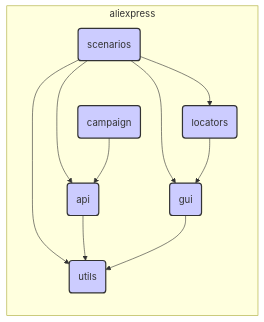
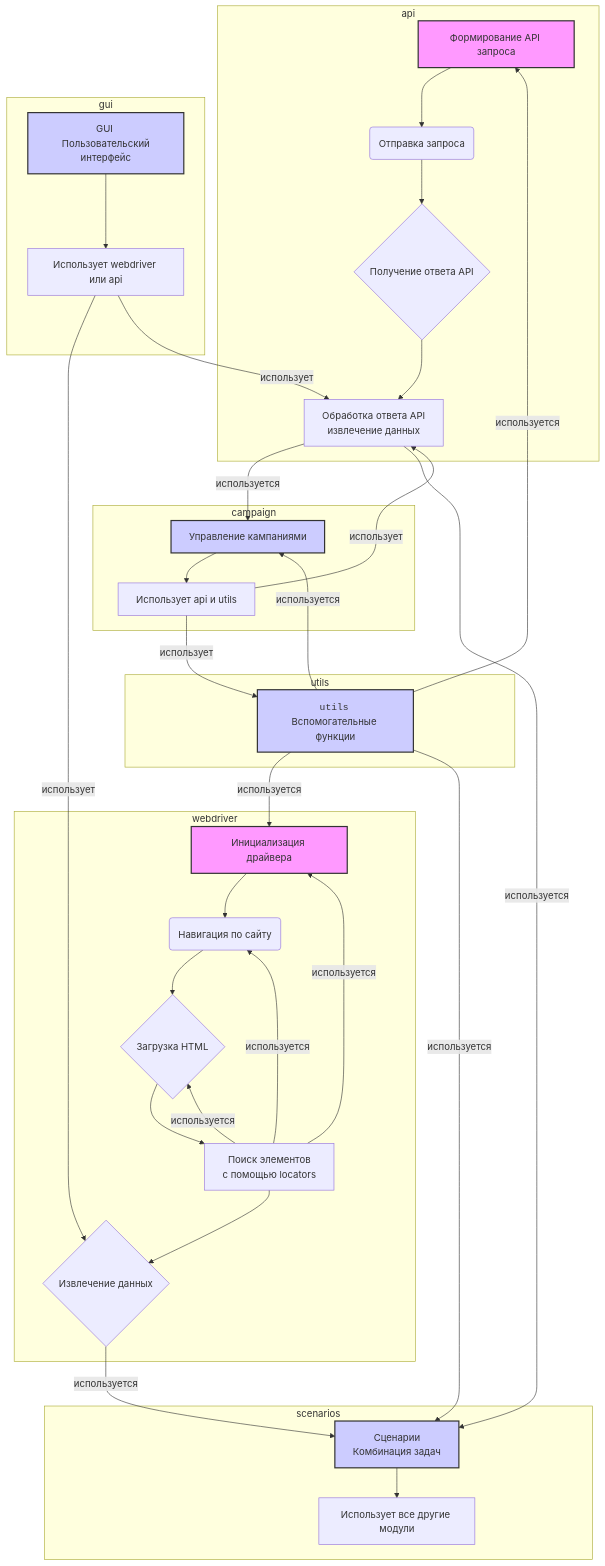
Before and after one commit to hypo69/hypo: the diagram in docs/gemini/ru/explainer/src/suppliers/aliexpress/readme.md.md, drawn with Mermaid. The commit also changed other lines of this file and 596 other files, not shown here.

````diff
--- a/docs/gemini/ru/explainer/src/suppliers/aliexpress/readme.md.md
+++ b/docs/gemini/ru/explainer/src/suppliers/aliexpress/readme.md.md
@@ -36,32 +54,56 @@
 ```mermaid
-graph LR
-    subgraph aliexpress
-        utils(utils)
-        api(api)
-        campaign(campaign)
-        gui(gui)
-        locators(locators)
-        scenarios(scenarios)
+flowchart TD
+    subgraph webdriver
+        A[Инициализация драйвера] --> B(Навигация по сайту)
+        B --> C{Загрузка HTML}
+        C --> D[Поиск элементов <br>с помощью locators]
+        D --> E{Извлечение данных}
+    end
+    subgraph api
+        F[Формирование API запроса] --> G(Отправка запроса)
+        G --> H{Получение ответа API}
+        H --> I[Обработка ответа API <br>извлечение данных]
+    end
+    subgraph utils
+        J[<code>utils</code> <br>Вспомогательные функции]
     end
     
-    style utils fill:#ccf,stroke:#333,stroke-width:2px
-    style api fill:#ccf,stroke:#333,stroke-width:2px
-    style campaign fill:#ccf,stroke:#333,stroke-width:2px
-    style gui fill:#ccf,stroke:#333,stroke-width:2px
-    style locators fill:#ccf,stroke:#333,stroke-width:2px
-    style scenarios fill:#ccf,stroke:#333,stroke-width:2px
+    subgraph campaign
+        K[Управление кампаниями] --> L[Использует api и utils]
+        
+    end
+    
+    subgraph gui
+        M[GUI <br> Пользовательский интерфейс] --> N[Использует webdriver или api]
+    end
+    
+    subgraph scenarios
+         O[Сценарии <br>Комбинация задач] --> P[Использует все другие модули]
+    end
+     J -->|используется| A
+     J -->|используется| F
+     J -->|используется| K
+     J -->|используется| O
+     
+     I --> |используется| K
+     I --> |используется| O
+    
+     E --> |используется| O
+     N --> |использует| E
+     N --> |использует| I
+    
+     L --> |использует| I
+     L --> |использует| J
     
     
-    scenarios --> utils
-    scenarios --> api
-    scenarios --> gui
-    scenarios --> locators
-   
-    api --> utils
-
-    gui --> utils
-    
-    campaign --> api
-
-    locators --> gui
+     D --> |используется| A
+     D --> |используется| B
+     D --> |используется| C
+     
+    style A fill:#f9f,stroke:#333,stroke-width:2px
+    style F fill:#f9f,stroke:#333,stroke-width:2px
+    style J fill:#ccf,stroke:#333,stroke-width:2px
+    style K fill:#ccf,stroke:#333,stroke-width:2px
+     style M fill:#ccf,stroke:#333,stroke-width:2px
+    style O fill:#ccf,stroke:#333,stroke-width:2px
 ```
````
